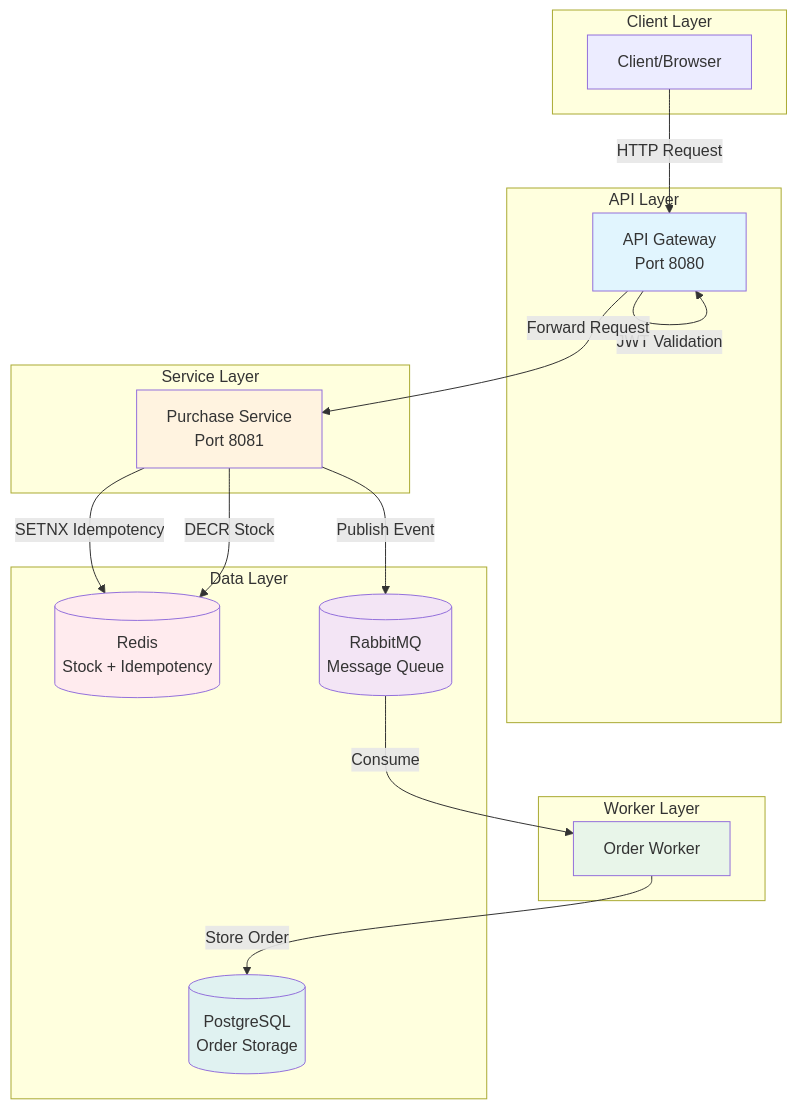
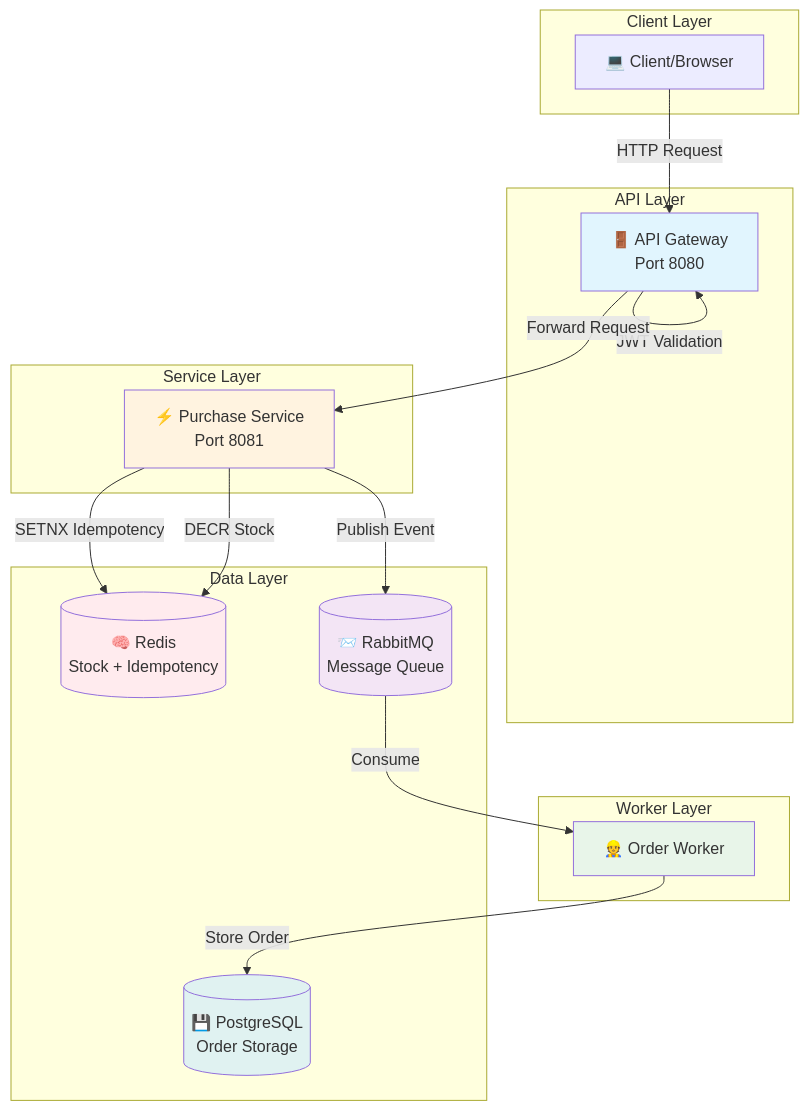
Before and after one commit to albert4183r7/Flash-Sale-Engine: the diagram in README.md, drawn with Mermaid. The commit also changed other lines of this file, not shown here.

`````diff
--- a/README.md
+++ b/README.md
@@ -30,40 +46,40 @@
 ```mermaid
 graph TB
     subgraph "Client Layer"
-        C[Client/Browser]
+        C[💻 Client/Browser]
     end
     
     subgraph "API Layer"
-        AG[API Gateway<br/>Port 8080]
+        AG[🚪 API Gateway<br/>Port 8080]
     end
     
     subgraph "Service Layer"
-        PS[Purchase Service<br/>Port 8081]
+        PS[⚡ Purchase Service<br/>Port 8081]
     end
     
     subgraph "Worker Layer"
-        OW[Order Worker]
+        OW[👷 Order Worker]
     end
     
     subgraph "Data Layer"
-        R[(Redis<br/>Stock + Idempotency)]
-        RMQ[(RabbitMQ<br/>Message Queue)]
-        PG[(PostgreSQL<br/>Order Storage)]
+        R[(🧠 Redis<br/>Stock + Idempotency)]
+        RMQ[(📨 RabbitMQ<br/>Message Queue)]
+        PG[(💾 PostgreSQL<br/>Order Storage)]
     end
     
     C -->|HTTP Request| AG
     AG -->|JWT Validation| AG
     AG -->|Forward Request| PS
     PS -->|SETNX Idempotency| R
     PS -->|DECR Stock| R
     PS -->|Publish Event| RMQ
     RMQ -->|Consume| OW
     OW -->|Store Order| PG
     
     style AG fill:#e1f5fe
     style PS fill:#fff3e0
     style OW fill:#e8f5e9
     style R fill:#ffebee
     style RMQ fill:#f3e5f5
     style PG fill:#e0f2f1
-```
+````
`````
